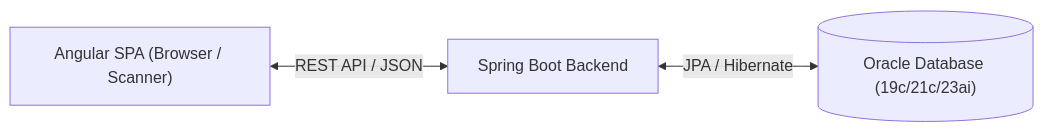
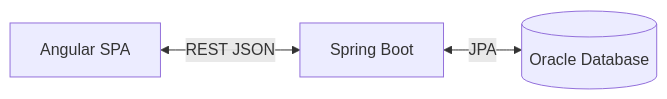
One commit to kirtika-0102/StockSmart changed the first of 6 diagrams in docs/architecture.md. Above: the diagram before and after it, drawn with Mermaid. The commit also changed other lines of this file and 74 other files, not shown here.

Commit message:
architecture of application

````diff
--- a/docs/architecture.md
+++ b/docs/architecture.md
@@ -75,5 +82,5 @@
 ```mermaid
 flowchart LR
-    Client["Angular SPA (Browser / Scanner)"] <-->|REST API / JSON| API["Spring Boot Backend"]
-    API <-->|JPA / Hibernate| DB[("Oracle Database (19c/21c/23ai)")]
+    Client["Angular SPA"] <-->|REST JSON| API["Spring Boot"]
+    API <-->|JPA| DB[("Oracle Database")]
 ```
````
